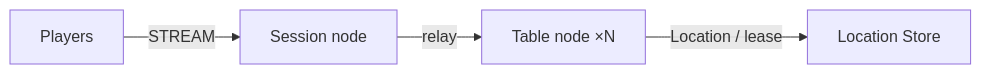
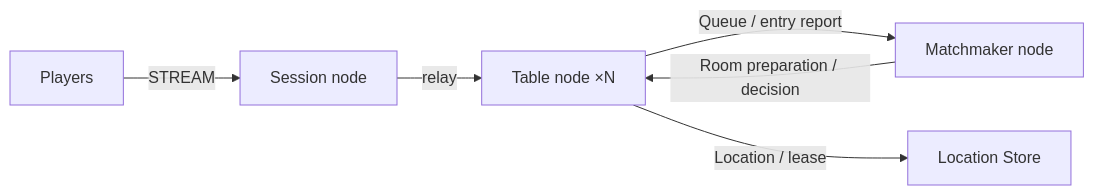
The diagram in framework/languages/java/templates/kotlin/board-tables/my-game/README.md (zlink-systems/zlink), drawn with Mermaid before and after one commit. The commit also changed other lines of this file and 38 other files, not shown here.

````diff
--- a/framework/languages/java/templates/kotlin/board-tables/my-game/README.md
+++ b/framework/languages/java/templates/kotlin/board-tables/my-game/README.md
@@ -5,6 +7,8 @@
 ```mermaid
 flowchart LR
   players[Players] -->|STREAM| session[Session node]
   session -->|relay| table[Table node ×N]
+  table -->|Queue / entry report| pool[Matchmaker node]
+  pool -->|Room preparation / decision| table
   table -->|Location / lease| location[Location Store]
 ```
````
